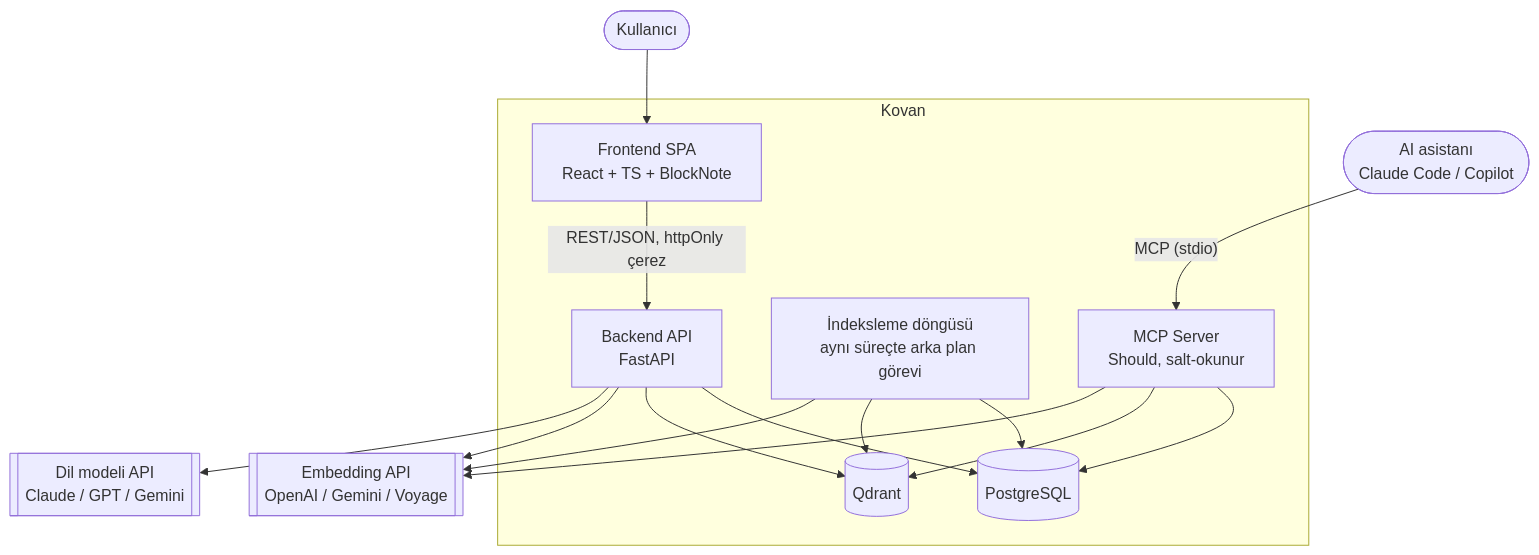
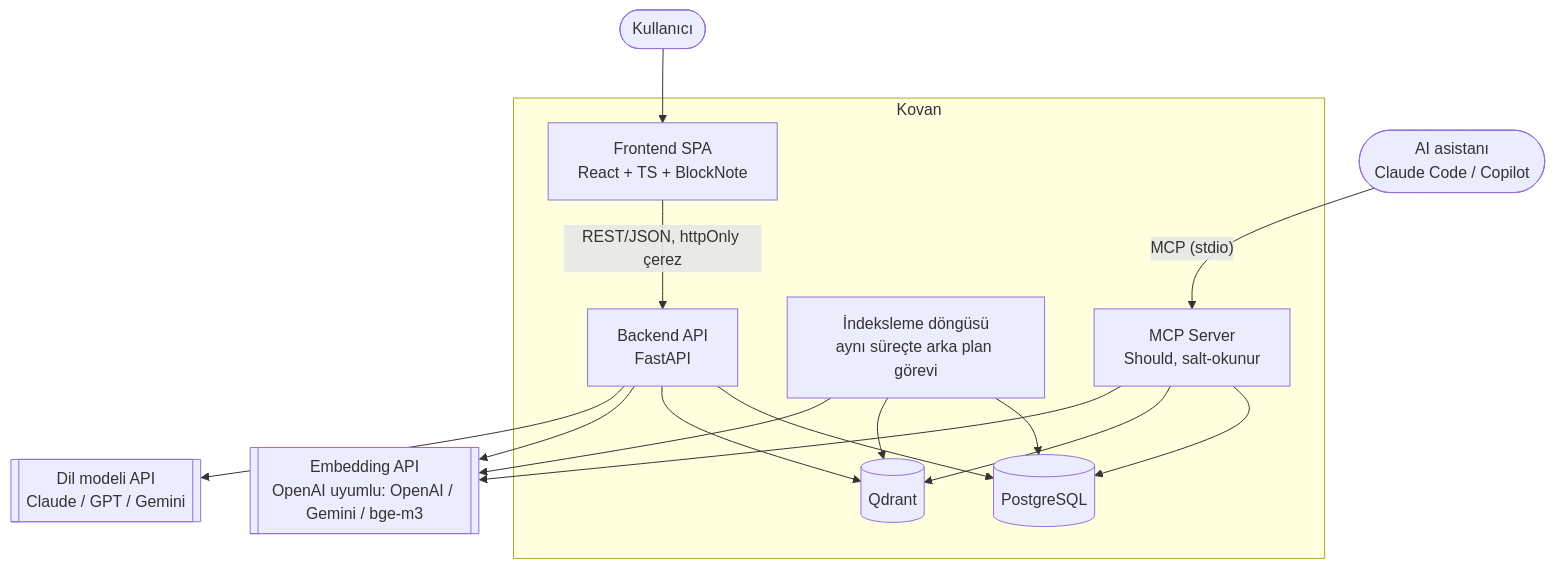
Before and after one commit to semihbekdas/sari-takim-kovan: the first of 4 diagrams in docs/architecture.md, drawn with Mermaid. The commit also changed other lines of this file and 8 other files, not shown here.

````diff
--- a/docs/architecture.md
+++ b/docs/architecture.md
@@ -27,31 +27,31 @@
 ```mermaid
 flowchart TB
     user([Kullanıcı])
     agent([AI asistanı<br/>Claude Code / Copilot])
 
     subgraph kovan[Kovan]
         fe[Frontend SPA<br/>React + TS + BlockNote]
         api[Backend API<br/>FastAPI]
         worker[İndeksleme döngüsü<br/>aynı süreçte arka plan görevi]
         mcp[MCP Server<br/>Should, salt-okunur]
         pg[(PostgreSQL)]
         qd[(Qdrant)]
     end
 
     chat[[Dil modeli API<br/>Claude / GPT / Gemini]]
-    emb[[Embedding API<br/>OpenAI / Gemini / Voyage]]
+    emb[[Embedding API<br/>OpenAI uyumlu: OpenAI / Gemini / bge-m3]]
 
     user --> fe
     fe -- "REST/JSON, httpOnly çerez" --> api
     api --> pg
     api --> qd
     api --> emb
     api --> chat
     worker --> pg
     worker --> qd
     worker --> emb
     agent -- "MCP (stdio)" --> mcp
     mcp --> pg
     mcp --> qd
     mcp --> emb
 ```
````
